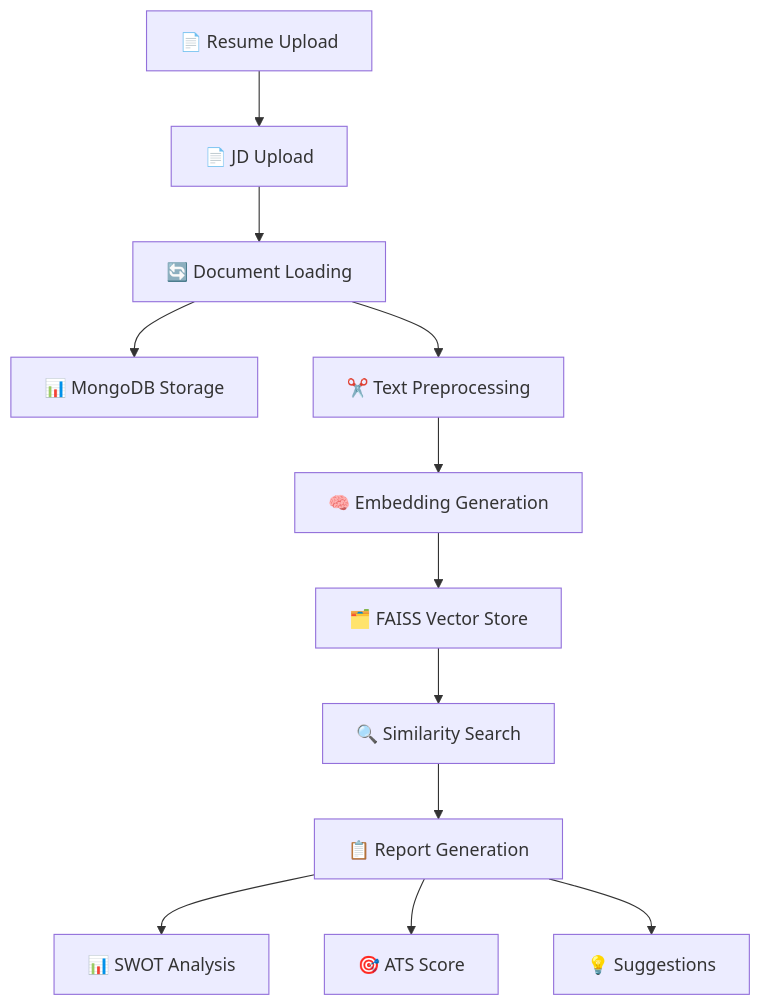
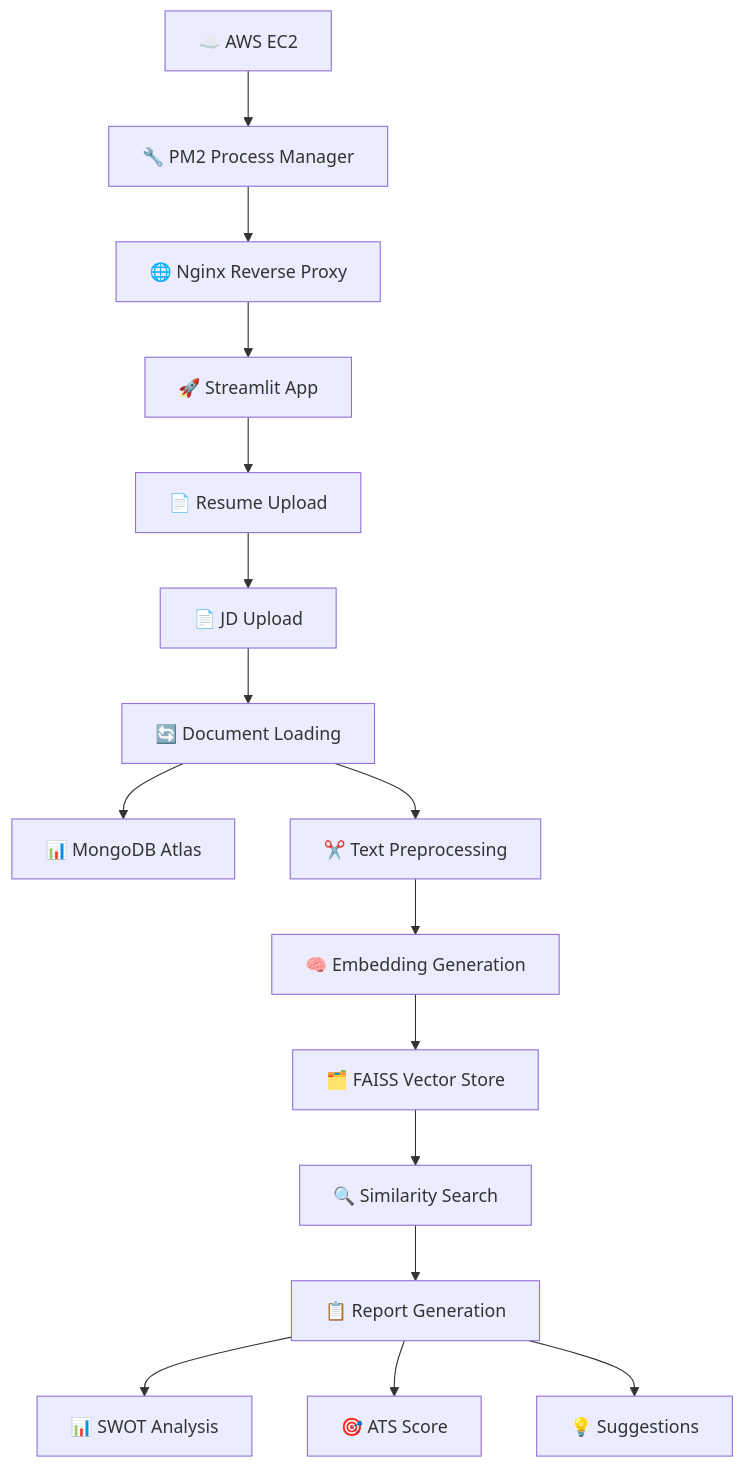
Before and after one commit to het004/resume_scanner: the diagram in README.md, drawn with Mermaid. The commit also changed other lines of this file, not shown here.

````diff
--- a/README.md
+++ b/README.md
@@ -57,14 +142,19 @@
 ```mermaid
 graph TD
     A[📄 Resume Upload] --> B[📄 JD Upload]
     B --> C[🔄 Document Loading]
-    C --> D[📊 MongoDB Storage]
+    C --> D[📊 MongoDB Atlas]
     C --> E[✂️ Text Preprocessing]
     E --> F[🧠 Embedding Generation]
     F --> G[🗂️ FAISS Vector Store]
     G --> H[🔍 Similarity Search]
     H --> I[📋 Report Generation]
     I --> J[📊 SWOT Analysis]
     I --> K[🎯 ATS Score]
     I --> L[💡 Suggestions]
+    
+    M[☁️ AWS EC2] --> N[🔧 PM2 Process Manager]
+    N --> O[🌐 Nginx Reverse Proxy]
+    O --> P[🚀 Streamlit App]
+    P --> A
 ```
````
